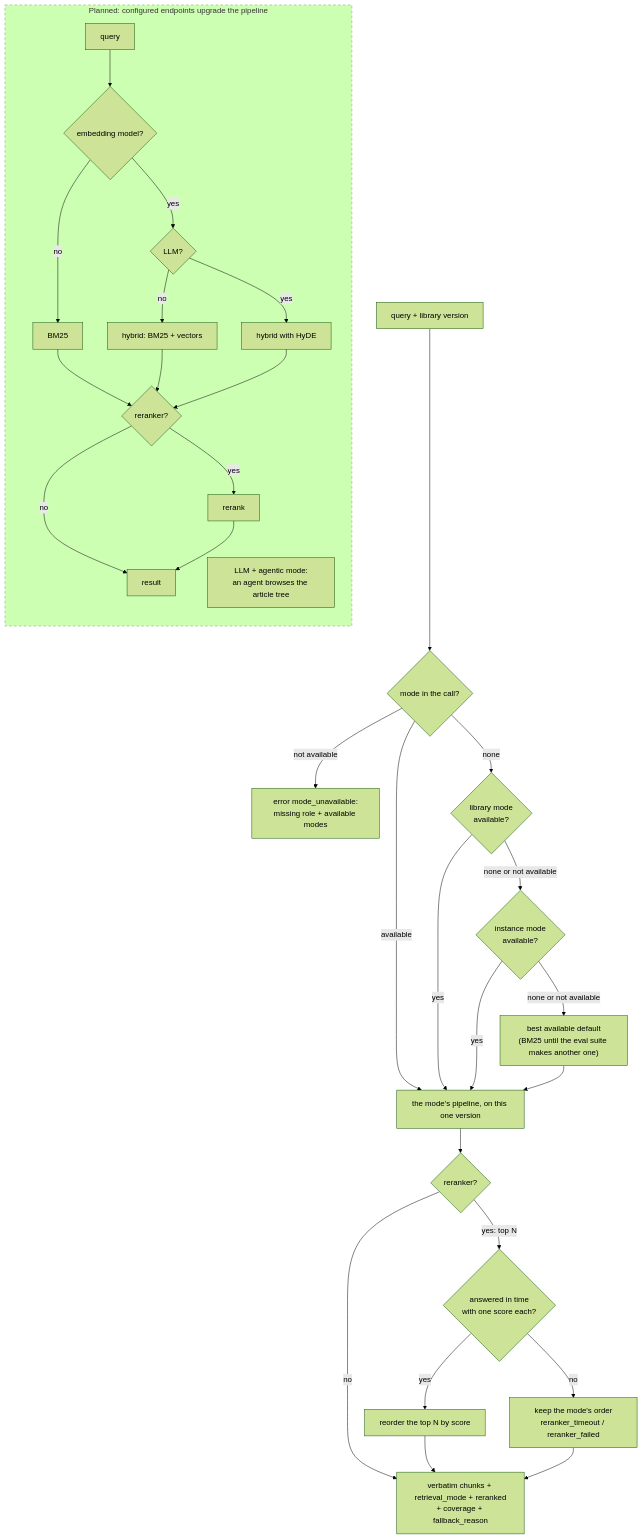
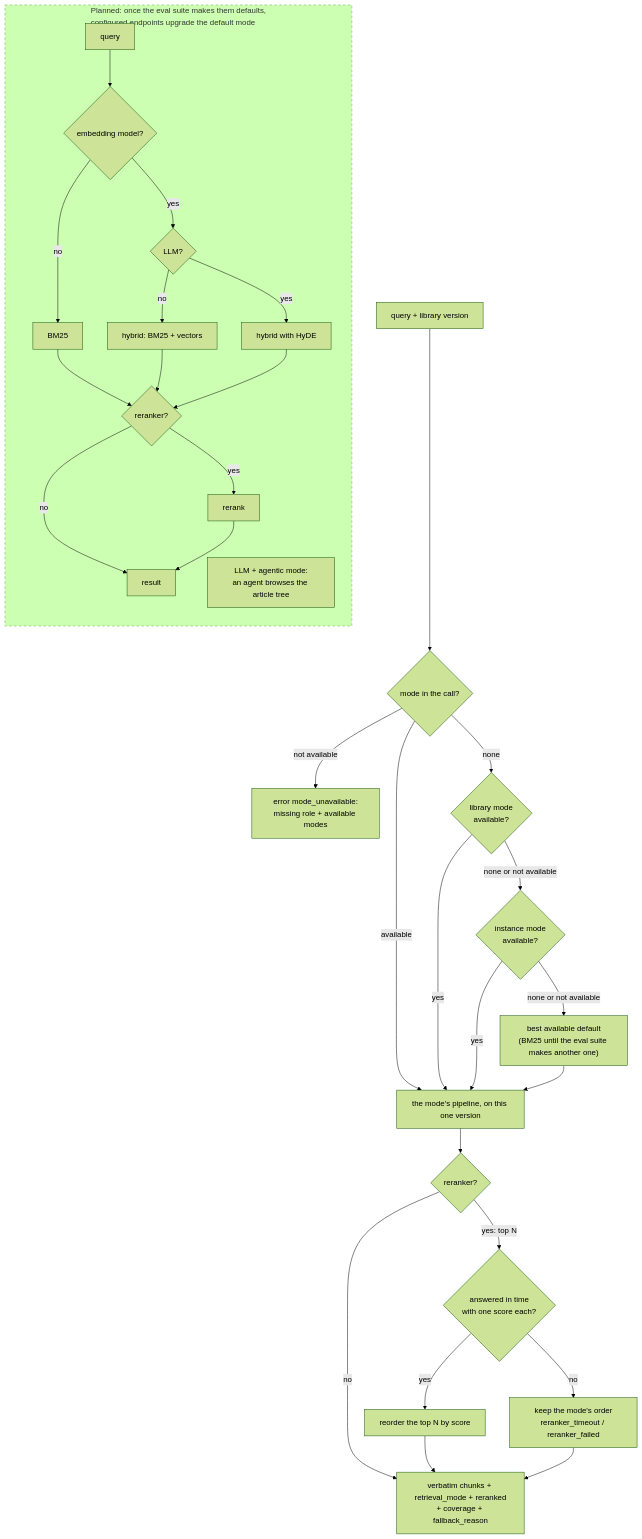
One commit to SirCypkowskyy/ExactDocs changed the fourth of 5 diagrams in docs/flows.md. Above: the diagram before and after it, drawn with Mermaid (forest theme). The commit also changed other lines of this file and 4 other files, not shown here.

````diff
--- a/docs/flows.md
+++ b/docs/flows.md
@@ -174,34 +174,34 @@
 ```mermaid
 flowchart TD
     q["query + library version"] --> asked{"mode in the call?"}
     asked -->|"available"| run
     asked -->|"not available"| err["error mode_unavailable:<br/>missing role + available modes"]
     asked -->|"none"| lib{"library mode<br/>available?"}
     lib -->|yes| run
     lib -->|"none or not available"| inst{"instance mode<br/>available?"}
     inst -->|yes| run
     inst -->|"none or not available"| best["best available default<br/>(BM25 until the eval suite makes another one)"]
     best --> run
     run["the mode's pipeline, on this one version"] --> rer{"reranker?"}
     rer -->|no| out["verbatim chunks + retrieval_mode + reranked<br/>+ coverage + fallback_reason"]
     rer -->|"yes: top N"| scored{"answered in time<br/>with one score each?"}
     scored -->|yes| reorder["reorder the top N by score"] --> out
     scored -->|"no"| keep["keep the mode's order<br/>reranker_timeout / reranker_failed"] --> out
 
-    subgraph planned ["Planned: configured endpoints upgrade the pipeline"]
+    subgraph planned ["Planned: once the eval suite makes them defaults,<br/>configured endpoints upgrade the default mode"]
         direction TB
         start["query"] --> emb
         emb{"embedding model?"} -->|no| bm25p["BM25"]
         emb -->|yes| llm{"LLM?"}
         llm -->|no| hyb["hybrid: BM25 + vectors"]
         llm -->|yes| hyde["hybrid with HyDE"]
         bm25p --> rr
         hyb --> rr
         hyde --> rr
         rr{"reranker?"} -->|yes| rerank["rerank"]
         rr -->|no| done["result"]
         rerank --> done
         agentic["LLM + agentic mode:<br/>an agent browses the article tree"]
     end
     style planned stroke-dasharray: 5 5
 ```
````
